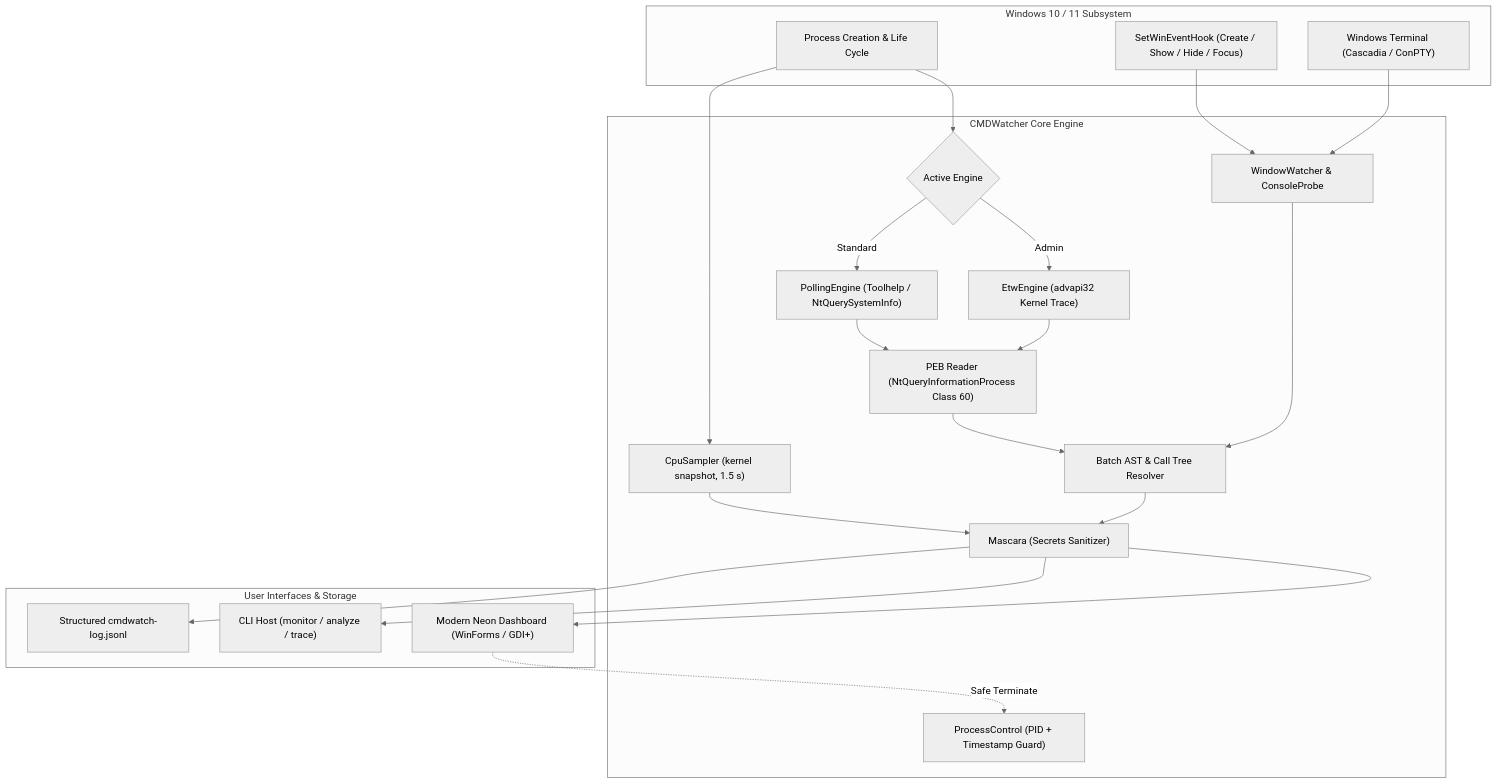
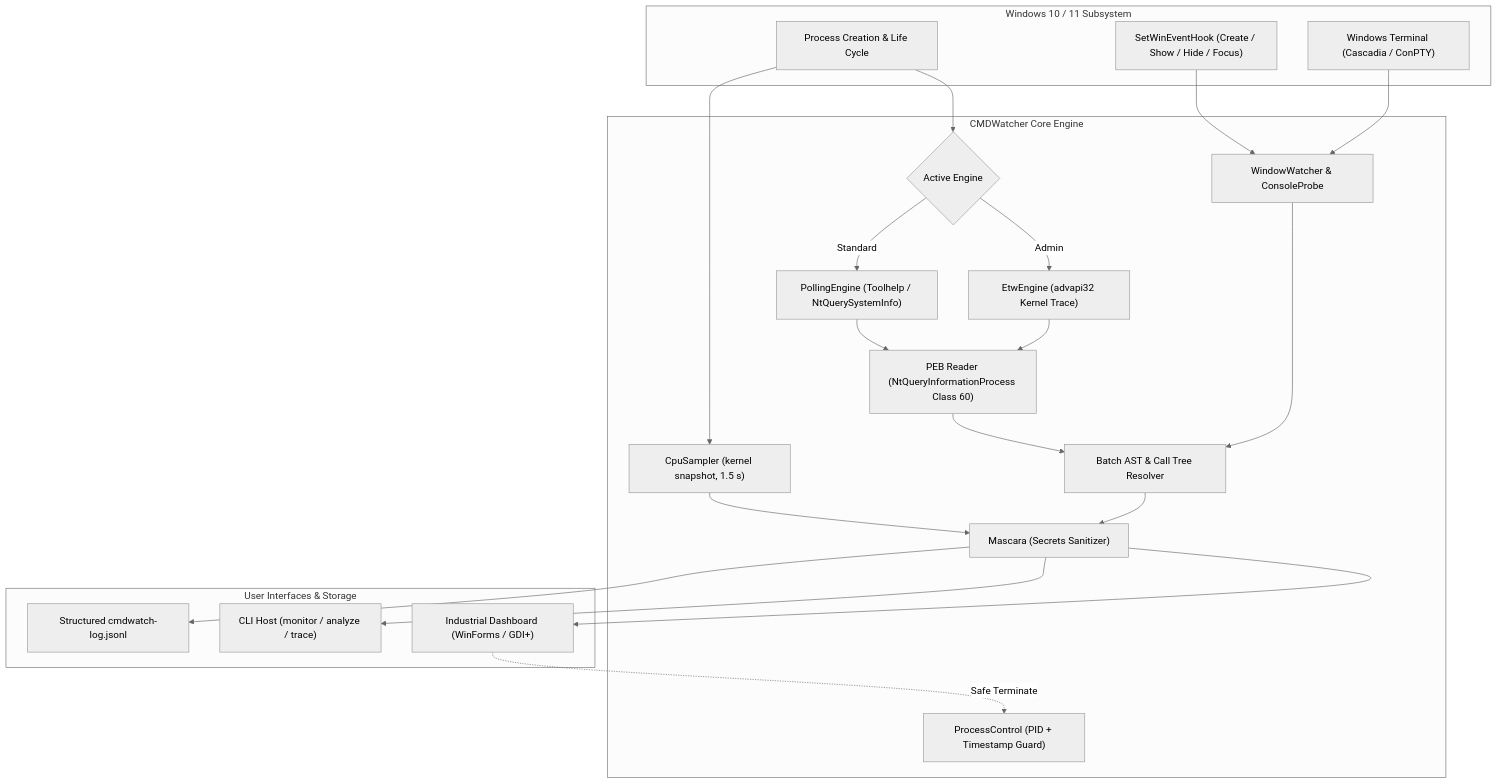
One commit to dellanio/cmdwatch changed the diagram in README.md. Above: the diagram before and after it, drawn with Mermaid (neutral theme). The commit also changed other lines of this file and 7 other files, not shown here.

````diff
--- a/README.md
+++ b/README.md
@@ -118,40 +121,40 @@
 ```mermaid
 flowchart TD
     subgraph OS ["Windows 10 / 11 Subsystem"]
         ProcLife["Process Creation & Life Cycle"]
         WinEvents["SetWinEventHook (Create / Show / Hide / Focus)"]
         Terminals["Windows Terminal (Cascadia / ConPTY)"]
     end
 
     subgraph Core ["CMDWatcher Core Engine"]
         EngineChoice{"Active Engine"}
         EtwEng["EtwEngine (advapi32 Kernel Trace)"]
         PollEng["PollingEngine (Toolhelp / NtQuerySystemInfo)"]
         PEBReader["PEB Reader (NtQueryInformationProcess Class 60)"]
         WinWatcher["WindowWatcher & ConsoleProbe"]
         AST["Batch AST & Call Tree Resolver"]
         Masker["Mascara (Secrets Sanitizer)"]
         SafeKill["ProcessControl (PID + Timestamp Guard)"]
         CpuSampler["CpuSampler (kernel snapshot, 1.5 s)"]
     end
 
     subgraph Output ["User Interfaces & Storage"]
-        GUI["Modern Neon Dashboard (WinForms / GDI+)"]
+        GUI["Industrial Dashboard (WinForms / GDI+)"]
         CLI["CLI Host (monitor / analyze / trace)"]
         JSONL["Structured cmdwatch-log.jsonl"]
     end
 
     ProcLife --> EngineChoice
     ProcLife --> CpuSampler
     EngineChoice -->|"Admin"| EtwEng
     EngineChoice -->|"Standard"| PollEng
     PollEng & EtwEng --> PEBReader
     WinEvents & Terminals --> WinWatcher
     PEBReader & WinWatcher --> AST
     AST --> Masker
     CpuSampler --> Masker
     Masker --> GUI
     Masker --> CLI
     Masker --> JSONL
     GUI -.->|"Safe Terminate"| SafeKill
 ```
````
